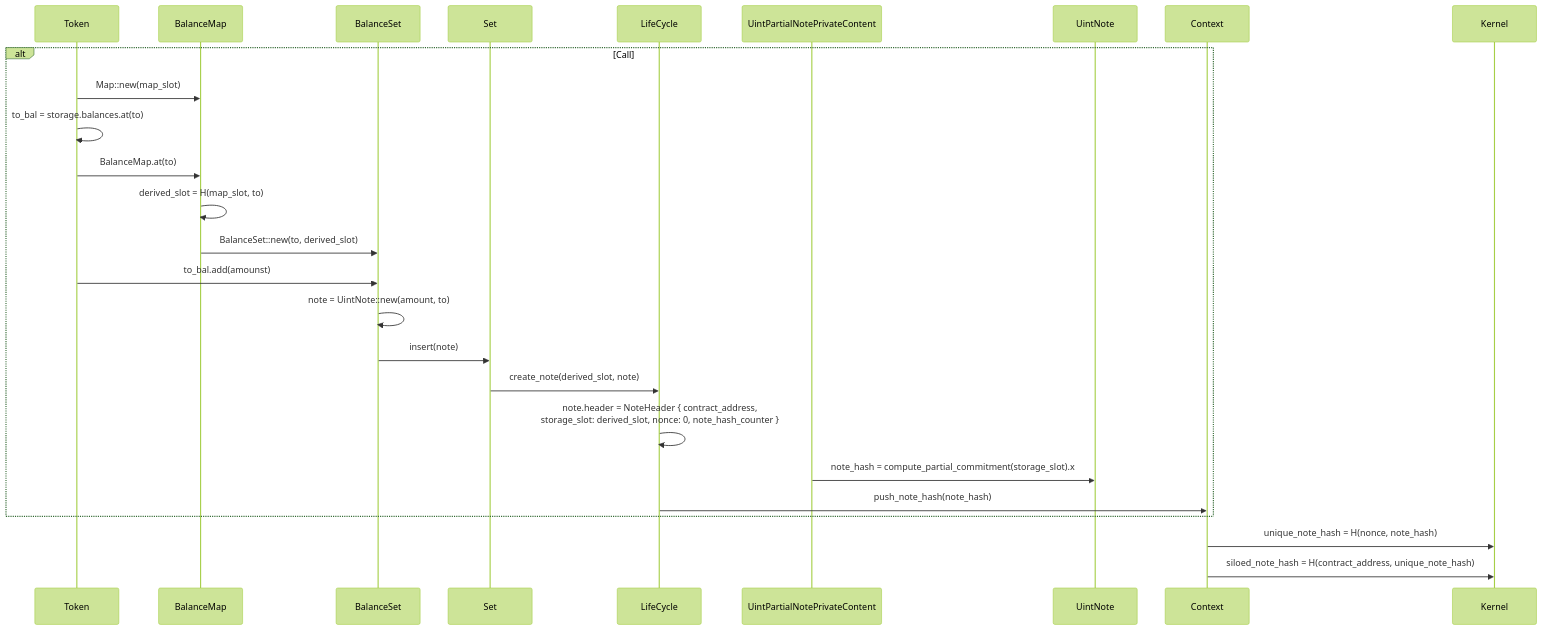
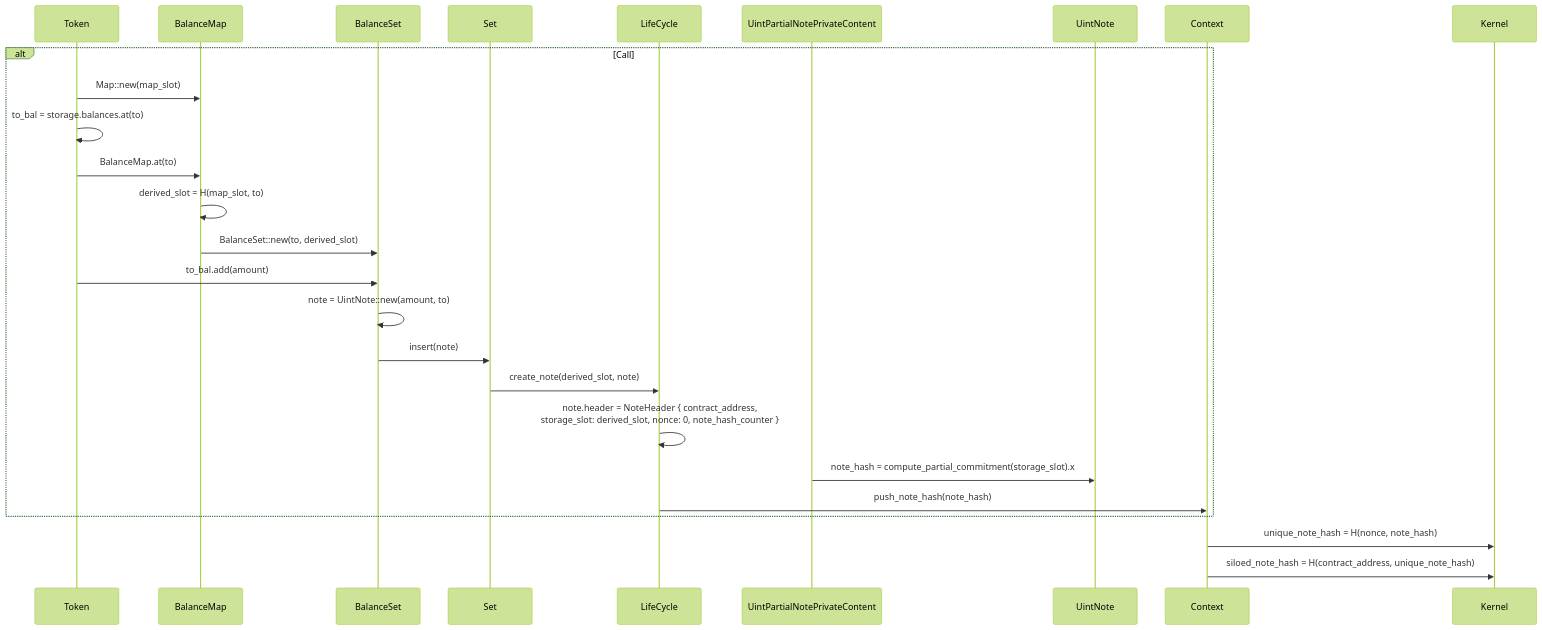
Before and after one commit to AztecProtocol/aztec-packages: the diagram in docs/versioned_docs/version-alpha-testnet/developers/guides/smart_contracts/writing_contracts/storage/storage_slots.md, drawn with Mermaid (forest theme).

````diff
--- a/docs/versioned_docs/version-alpha-testnet/developers/guides/smart_contracts/writing_contracts/storage/storage_slots.md
+++ b/docs/versioned_docs/version-alpha-testnet/developers/guides/smart_contracts/writing_contracts/storage/storage_slots.md
@@ -29,19 +29,19 @@
 ```mermaid
 sequenceDiagram
     alt Call
     Token->>BalanceMap: Map::new(map_slot);
     Token->>Token: to_bal = storage.balances.at(to)
     Token->>BalanceMap: BalanceMap.at(to)
     BalanceMap->>BalanceMap: derived_slot = H(map_slot, to)
     BalanceMap->>BalanceSet: BalanceSet::new(to, derived_slot)
-    Token->>BalanceSet: to_bal.add(amounst)
+    Token->>BalanceSet: to_bal.add(amount)
     BalanceSet->>BalanceSet: note = UintNote::new(amount, to)
     BalanceSet->>Set: insert(note)
     Set->>LifeCycle: create_note(derived_slot, note)
     LifeCycle->>LifeCycle: note.header = NoteHeader { contract_address, <br> storage_slot: derived_slot, nonce: 0, note_hash_counter }
     UintPartialNotePrivateContent->>UintNote: note_hash = compute_partial_commitment(storage_slot).x
     LifeCycle->>Context: push_note_hash(note_hash)
     end
     Context->>Kernel: unique_note_hash = H(nonce, note_hash)
     Context->>Kernel: siloed_note_hash = H(contract_address, unique_note_hash)
 ```
````
